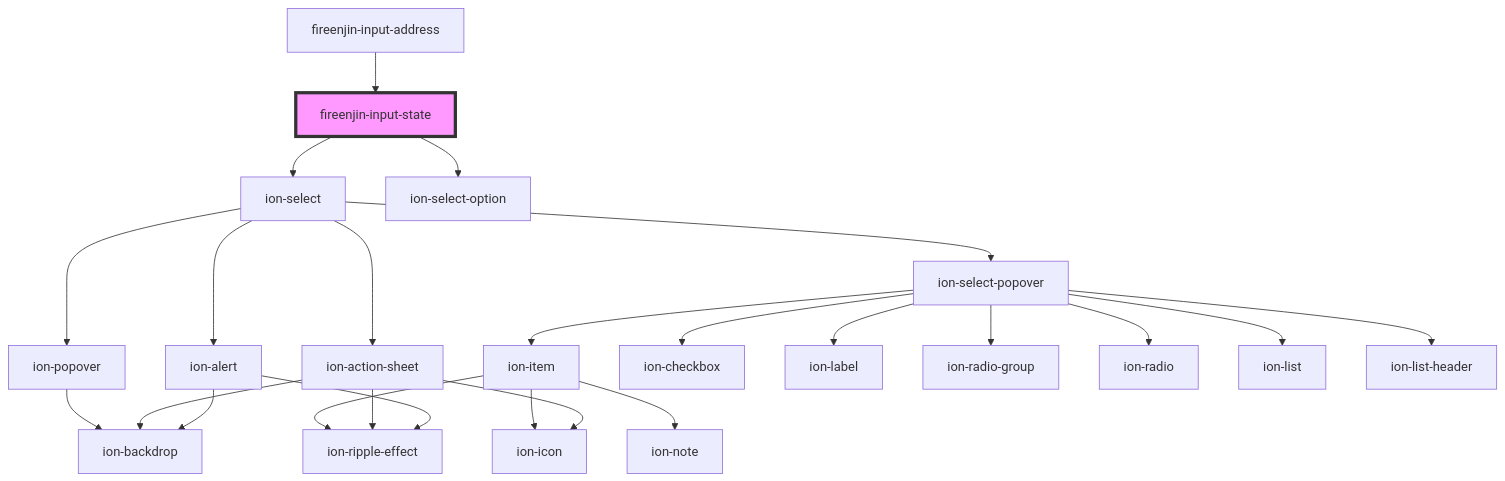
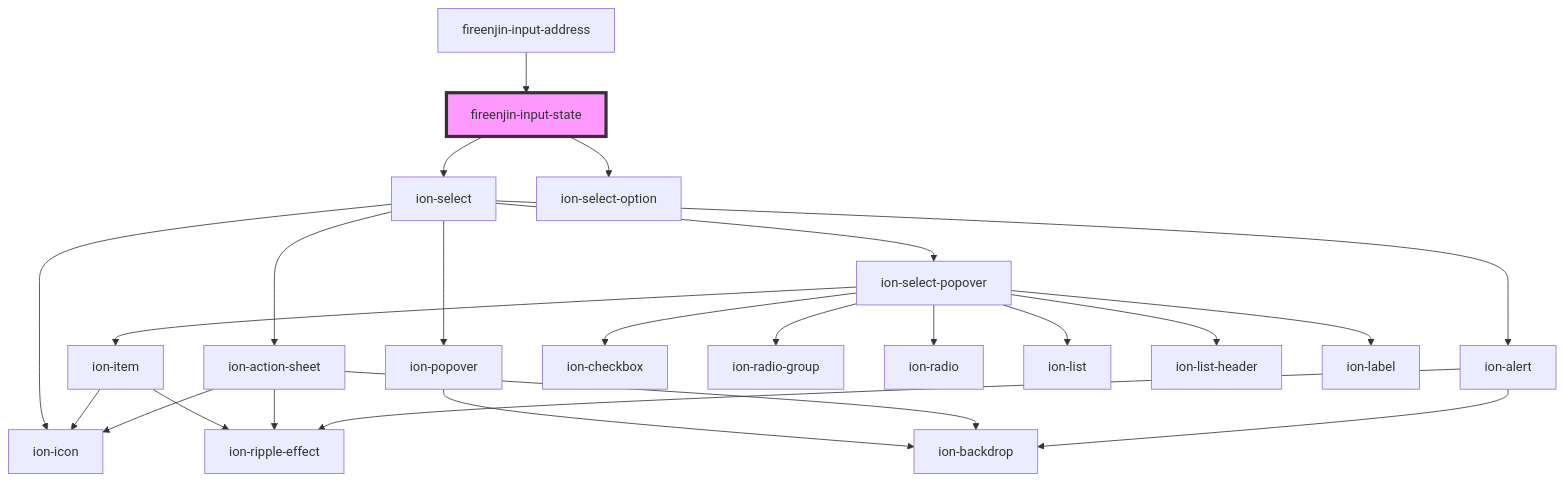
Before and after one commit to FireEnjin/Components: the diagram in src/components/input-state/readme.md, drawn with Mermaid. The commit also changed 73 other files, not shown here.

Commit message:
perf(): Update Ionic to v8 and Stenicl to 4 and remove flow component

````diff
--- a/src/components/input-state/readme.md
+++ b/src/components/input-state/readme.md
@@ -27,27 +27,27 @@
 ```mermaid
 graph TD;
   fireenjin-input-state --> ion-select
   fireenjin-input-state --> ion-select-option
   ion-select --> ion-select-popover
   ion-select --> ion-popover
   ion-select --> ion-action-sheet
   ion-select --> ion-alert
+  ion-select --> ion-icon
   ion-select-popover --> ion-item
   ion-select-popover --> ion-checkbox
-  ion-select-popover --> ion-label
   ion-select-popover --> ion-radio-group
   ion-select-popover --> ion-radio
   ion-select-popover --> ion-list
   ion-select-popover --> ion-list-header
+  ion-select-popover --> ion-label
   ion-item --> ion-icon
   ion-item --> ion-ripple-effect
-  ion-item --> ion-note
   ion-popover --> ion-backdrop
   ion-action-sheet --> ion-backdrop
   ion-action-sheet --> ion-icon
   ion-action-sheet --> ion-ripple-effect
   ion-alert --> ion-ripple-effect
   ion-alert --> ion-backdrop
   fireenjin-input-address --> fireenjin-input-state
   style fireenjin-input-state fill:#f9f,stroke:#333,stroke-width:4px
 ```
````
